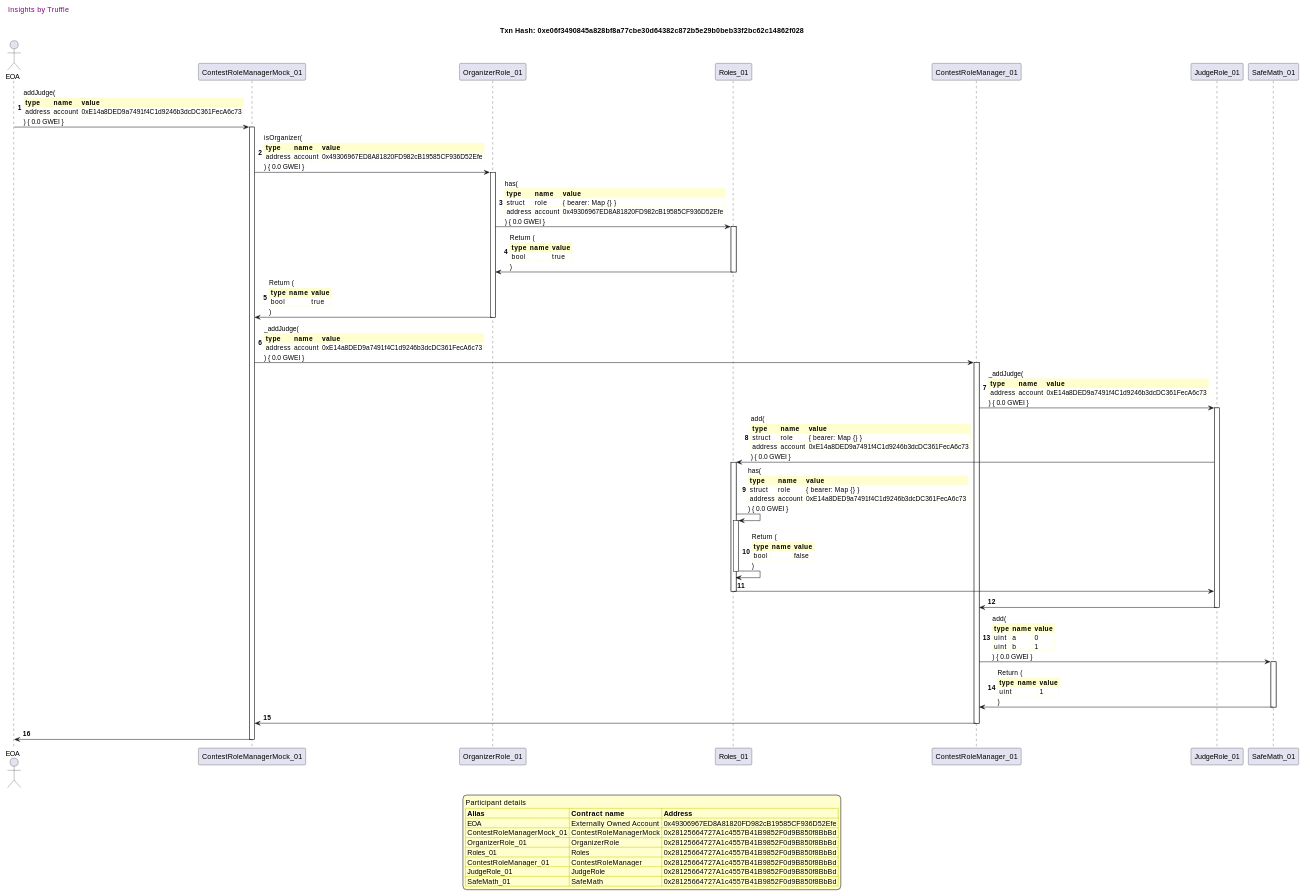
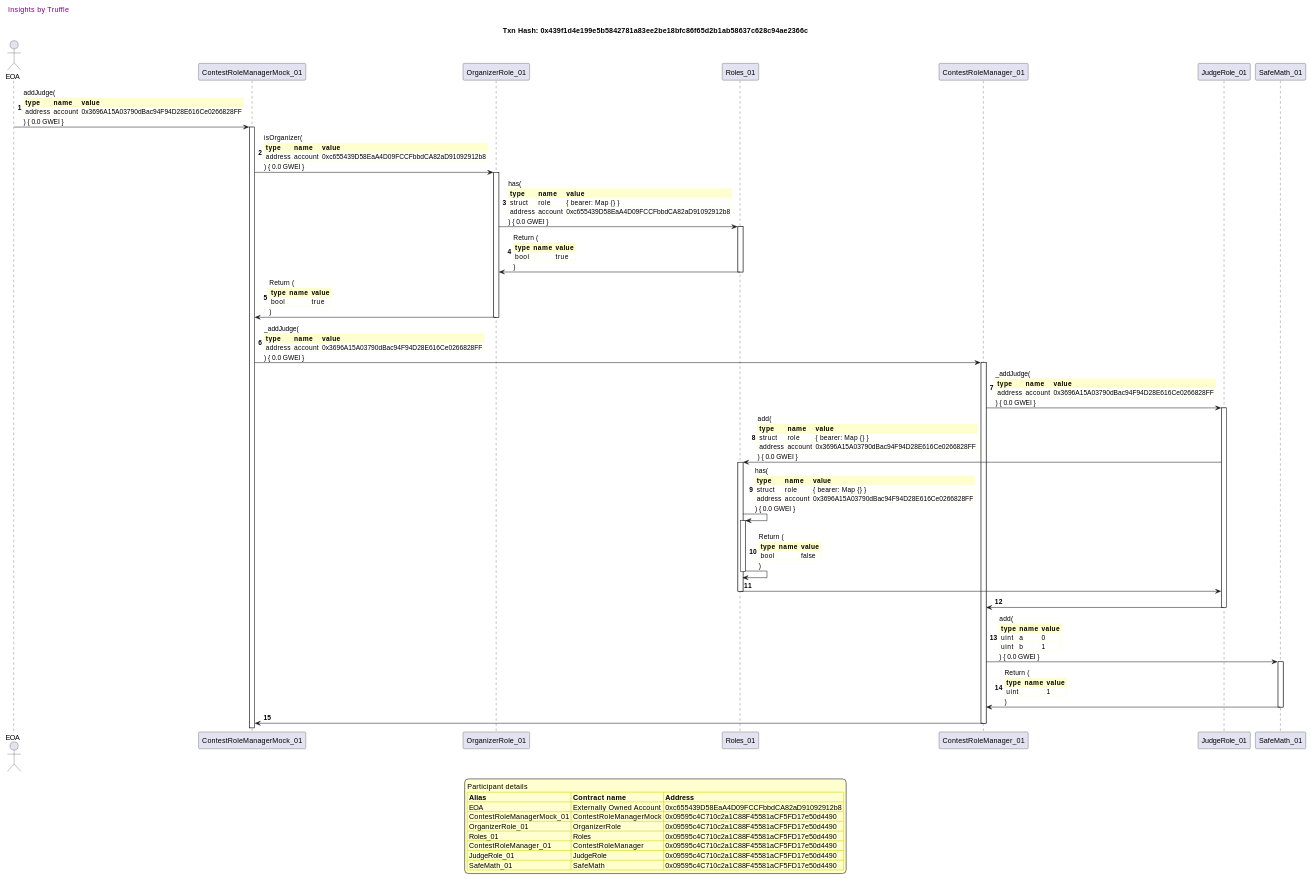
One commit to fodisi/hackapay changed diagram 17 of 20 in truffle-seq/roles_contestrolemanager.md. Above: the diagram before and after it, drawn with PlantUML. The commit also changed other lines of this file and 10 other files, not shown here.

```diff
--- a/truffle-seq/roles_contestrolemanager.md
+++ b/truffle-seq/roles_contestrolemanager.md
@@ -1581,7 +1568,7 @@
 
 header Insights by Truffle
 
-title Txn Hash: 0xe06f3490845a828bf8a77cbe30d64382c872b5e29b0beb33f2bc62c14862f028
+title Txn Hash: 0x439f1d4e199e5b5842781a83ee2be18bfc86f65d2b1ab58637c628c94ae2366c
 
 
 actor EOA as "EOA"
@@ -1594,16 +1581,16 @@
 
 "EOA" -> "ContestRoleManagerMock_01" ++: addJudge(\n\
 <#FEFECE,#FEFECE>|= type |= name |= value |\n\
-| address | account | 0xE14a8DED9a7491f4C1d9246b3dcDC361FecA6c73 |\n\
+| address | account | 0x3696A15A03790dBac94F94D28E616Ce0266828FF |\n\
 ) { 0.0 GWEI }
 "ContestRoleManagerMock_01" -> "OrganizerRole_01" ++: isOrganizer(\n\
 <#FEFECE,#FEFECE>|= type |= name |= value |\n\
-| address | account | 0x49306967ED8A81820FD982cB19585CF936D52Efe |\n\
+| address | account | 0xc655439D58EaA4D09FCCFbbdCA82aD91092912b8 |\n\
 ) { 0.0 GWEI }
 "OrganizerRole_01" -> "Roles_01" ++: has(\n\
 <#FEFECE,#FEFECE>|= type |= name |= value |\n\
 | struct | role | { bearer: Map {} } |\n\
-| address | account | 0x49306967ED8A81820FD982cB19585CF936D52Efe |\n\
+| address | account | 0xc655439D58EaA4D09FCCFbbdCA82aD91092912b8 |\n\
 ) { 0.0 GWEI }
 "Roles_01" -> "OrganizerRole_01" --: Return (\n\
 <#FEFECE,#FEFECE>|= type |= name |= value |\n\
@@ -1615,21 +1602,21 @@
 )
 "ContestRoleManagerMock_01" -> "ContestRoleManager_01" ++: _addJudge(\n\
 <#FEFECE,#FEFECE>|= type |= name |= value |\n\
-| address | account | 0xE14a8DED9a7491f4C1d9246b3dcDC361FecA6c73 |\n\
+| address | account | 0x3696A15A03790dBac94F94D28E616Ce0266828FF |\n\
 ) { 0.0 GWEI }
 "ContestRoleManager_01" -> "JudgeRole_01" ++: _addJudge(\n\
 <#FEFECE,#FEFECE>|= type |= name |= value |\n\
-| address | account | 0xE14a8DED9a7491f4C1d9246b3dcDC361FecA6c73 |\n\
+| address | account | 0x3696A15A03790dBac94F94D28E616Ce0266828FF |\n\
 ) { 0.0 GWEI }
 "JudgeRole_01" -> "Roles_01" ++: add(\n\
 <#FEFECE,#FEFECE>|= type |= name |= value |\n\
 | struct | role | { bearer: Map {} } |\n\
-| address | account | 0xE14a8DED9a7491f4C1d9246b3dcDC361FecA6c73 |\n\
+| address | account | 0x3696A15A03790dBac94F94D28E616Ce0266828FF |\n\
 ) { 0.0 GWEI }
 "Roles_01" -> "Roles_01" ++: has(\n\
 <#FEFECE,#FEFECE>|= type |= name |= value |\n\
 | struct | role | { bearer: Map {} } |\n\
-| address | account | 0xE14a8DED9a7491f4C1d9246b3dcDC361FecA6c73 |\n\
+| address | account | 0x3696A15A03790dBac94F94D28E616Ce0266828FF |\n\
 ) { 0.0 GWEI }
 "Roles_01" -> "Roles_01" --: Return (\n\
 <#FEFECE,#FEFECE>|= type |= name |= value |\n\
@@ -1647,18 +1634,17 @@
 | uint |  | 1 |\n\
 )
 "ContestRoleManager_01" -> "ContestRoleManagerMock_01" --: 
-"ContestRoleManagerMock_01" -> "EOA" --: 
 
 legend
 Participant details
 <#FEFECE,#D0D000>|= Alias |= Contract name |= Address |
-<#FEFECE>| EOA | Externally Owned Account | 0x49306967ED8A81820FD982cB19585CF936D52Efe |
-<#FEFECE>| ContestRoleManagerMock_01 | ContestRoleManagerMock | 0x28125664727A1c4557B41B9852F0d9B850f8BbBd |
-<#FEFECE>| OrganizerRole_01 | OrganizerRole | 0x28125664727A1c4557B41B9852F0d9B850f8BbBd |
-<#FEFECE>| Roles_01 | Roles | 0x28125664727A1c4557B41B9852F0d9B850f8BbBd |
-<#FEFECE>| ContestRoleManager_01 | ContestRoleManager | 0x28125664727A1c4557B41B9852F0d9B850f8BbBd |
-<#FEFECE>| JudgeRole_01 | JudgeRole | 0x28125664727A1c4557B41B9852F0d9B850f8BbBd |
-<#FEFECE>| SafeMath_01 | SafeMath | 0x28125664727A1c4557B41B9852F0d9B850f8BbBd |
+<#FEFECE>| EOA | Externally Owned Account | 0xc655439D58EaA4D09FCCFbbdCA82aD91092912b8 |
+<#FEFECE>| ContestRoleManagerMock_01 | ContestRoleManagerMock | 0x09595c4C710c2a1C88F45581aCF5FD17e50d4490 |
+<#FEFECE>| OrganizerRole_01 | OrganizerRole | 0x09595c4C710c2a1C88F45581aCF5FD17e50d4490 |
+<#FEFECE>| Roles_01 | Roles | 0x09595c4C710c2a1C88F45581aCF5FD17e50d4490 |
+<#FEFECE>| ContestRoleManager_01 | ContestRoleManager | 0x09595c4C710c2a1C88F45581aCF5FD17e50d4490 |
+<#FEFECE>| JudgeRole_01 | JudgeRole | 0x09595c4C710c2a1C88F45581aCF5FD17e50d4490 |
+<#FEFECE>| SafeMath_01 | SafeMath | 0x09595c4C710c2a1C88F45581aCF5FD17e50d4490 |
 endlegend
 
 @enduml
```
